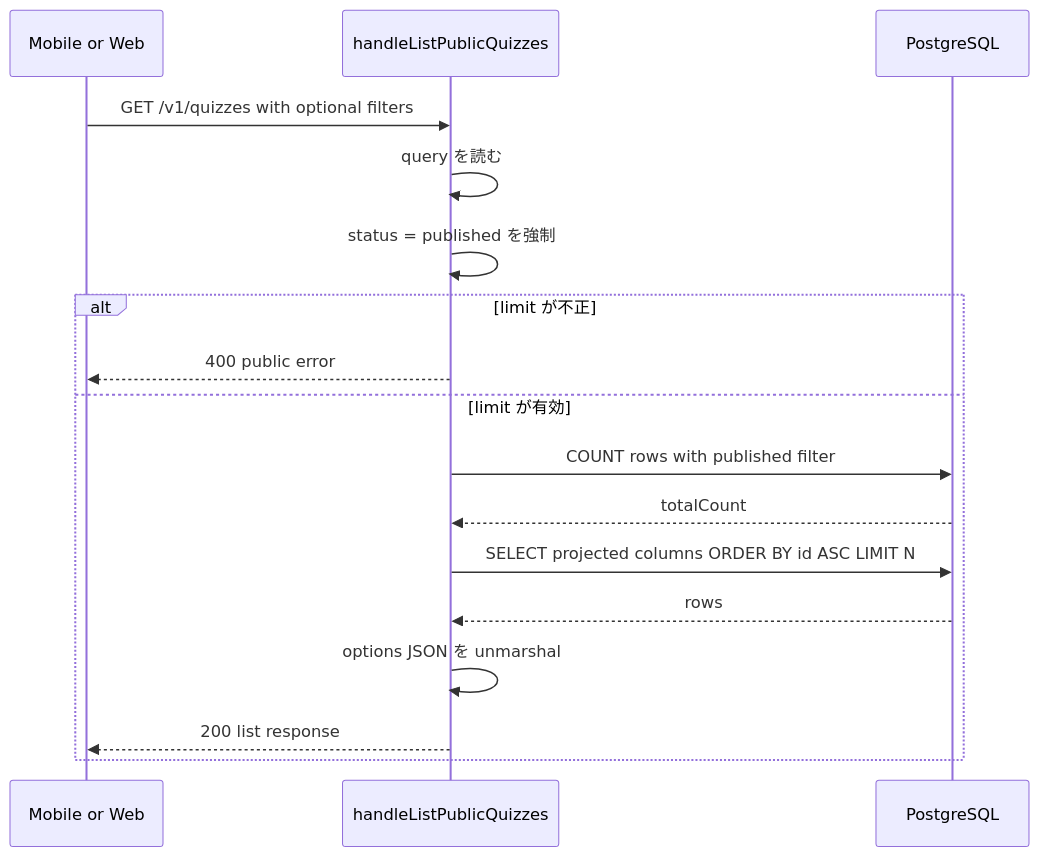
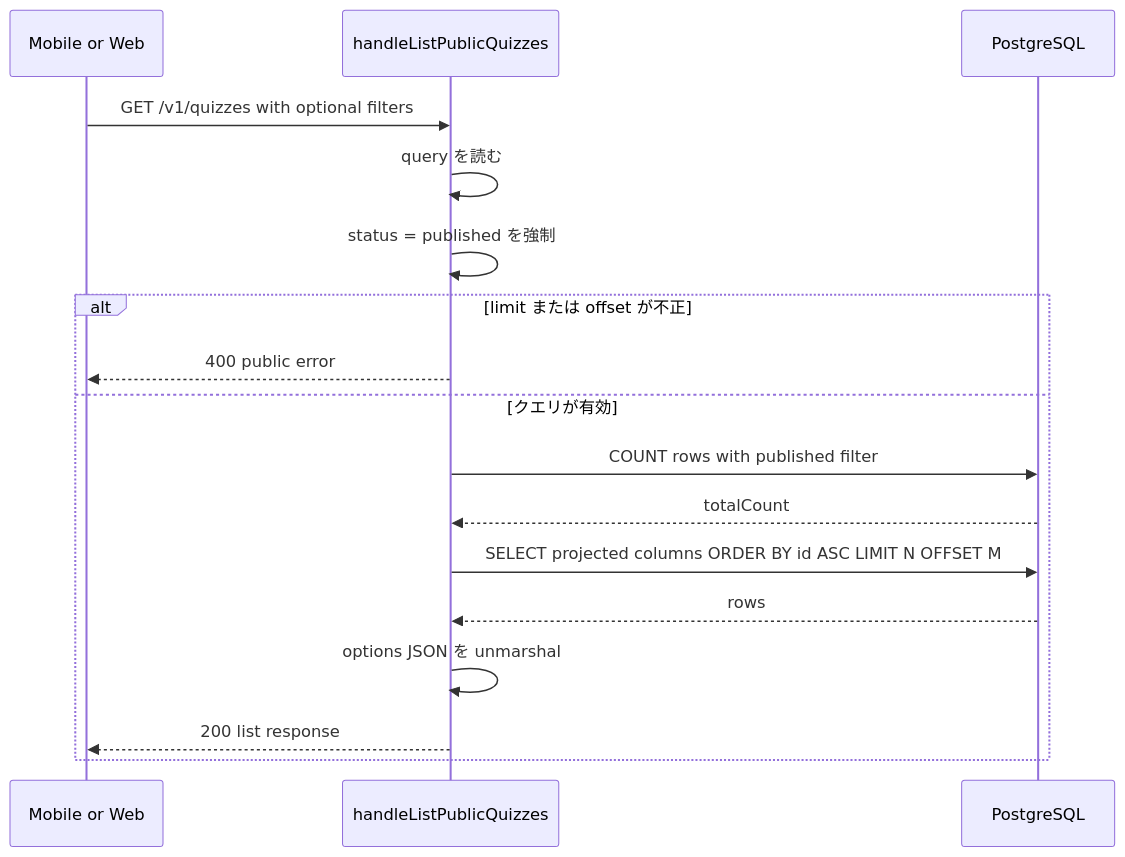
One commit to Yoshinaga123/quiz changed the second of 5 diagrams in docs/architecture/backend-flow.md. Above: the diagram before and after it, drawn with Mermaid. The commit also changed other lines of this file and 17 other files, not shown here.

````diff
--- a/docs/architecture/backend-flow.md
+++ b/docs/architecture/backend-flow.md
@@ -51,20 +51,20 @@
 ```mermaid
 sequenceDiagram
     participant Client as Mobile or Web
     participant API as handleListPublicQuizzes
     participant DB as PostgreSQL
 
     Client->>API: GET /v1/quizzes with optional filters
     API->>API: query を読む
     API->>API: status = published を強制
-    alt limit が不正
+    alt limit または offset が不正
         API-->>Client: 400 public error
-    else limit が有効
+    else クエリが有効
         API->>DB: COUNT rows with published filter
         DB-->>API: totalCount
-        API->>DB: SELECT projected columns ORDER BY id ASC LIMIT N
+        API->>DB: SELECT projected columns ORDER BY id ASC LIMIT N OFFSET M
         DB-->>API: rows
         API->>API: options JSON を unmarshal
         API-->>Client: 200 list response
     end
 ```
````
